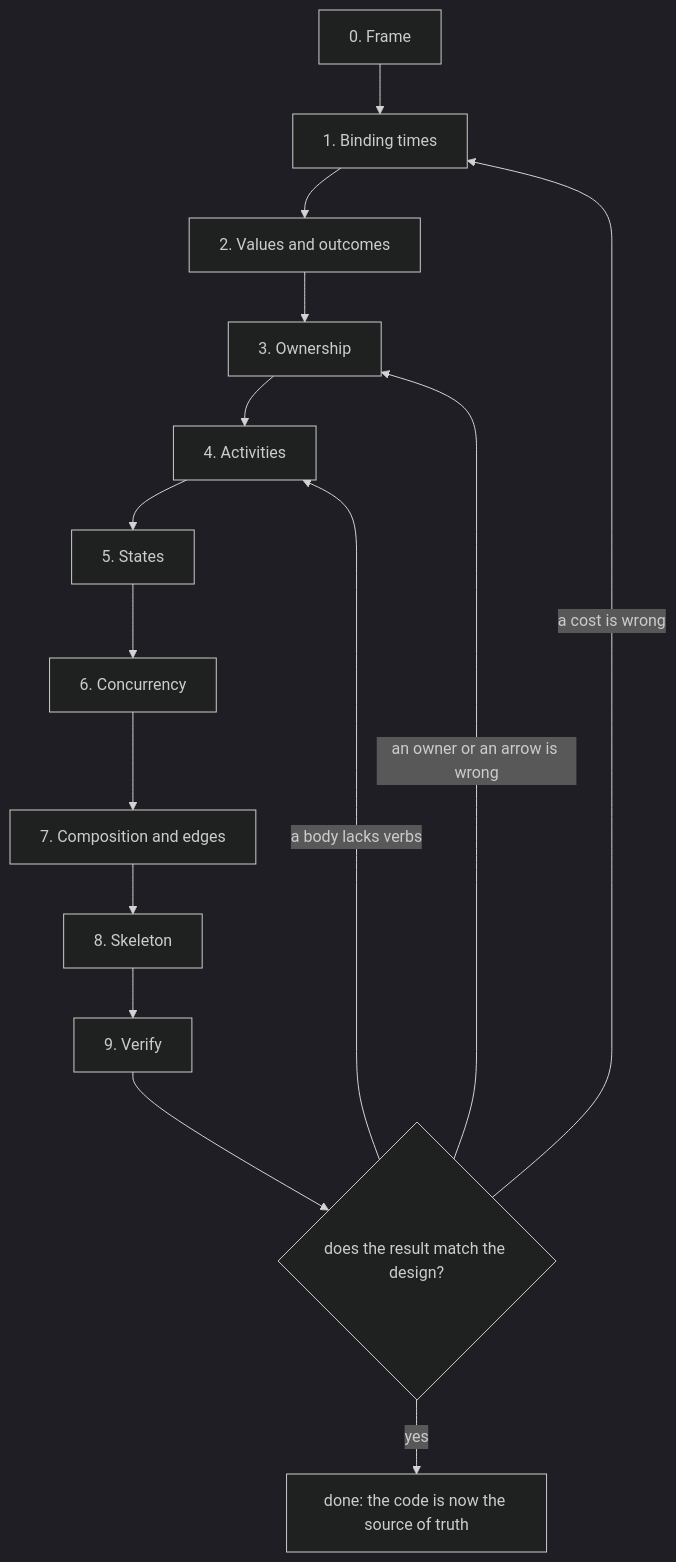
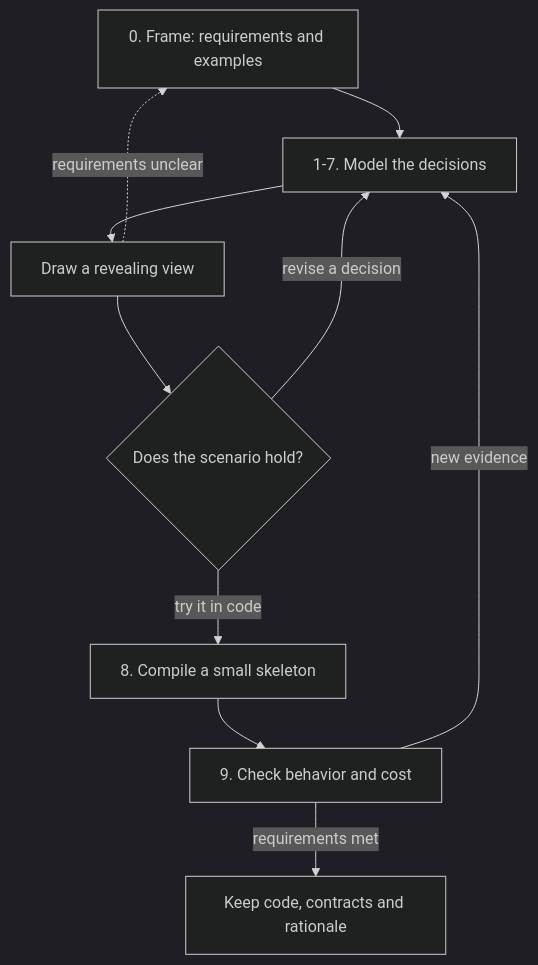
The first of 8 diagrams in docs/designing-and-writing-nua.md (cperion/nua), drawn with Mermaid (dark theme) before and after one commit. The commit also changed other lines of this file and 12 other files, not shown here.

First line of the commit message:
Refine Nua design guidance and make named tests compile-time assertions

````diff
--- a/docs/designing-and-writing-nua.md
+++ b/docs/designing-and-writing-nua.md
@@ -62,17 +62,12 @@
 ```mermaid
 flowchart TD
-    S0[0. Frame] --> S1[1. Binding times]
-    S1 --> S2[2. Values and outcomes]
-    S2 --> S3[3. Ownership]
-    S3 --> S4[4. Activities]
-    S4 --> S5[5. States]
-    S5 --> S6[6. Concurrency]
-    S6 --> S7[7. Composition and edges]
-    S7 --> S8[8. Skeleton]
-    S8 --> S9[9. Verify]
-    S9 --> Q{does the result match the design?}
-    Q -- a cost is wrong --> S1
-    Q -- an owner or an arrow is wrong --> S3
-    Q -- a body lacks verbs --> S4
-    Q -- yes --> Done[done: the code is now the source of truth]
+    F[0. Frame: requirements and examples] --> M[1-7. Model the decisions]
+    M --> D[Draw a revealing view]
+    D --> Q{Does the scenario hold?}
+    Q -- revise a decision --> M
+    Q -- try it in code --> C[8. Compile a small skeleton]
+    C --> V[9. Check behavior and cost]
+    V -- new evidence --> M
+    V -- requirements met --> R[Keep code, contracts and rationale]
+    D -. requirements unclear .-> F
 ```
````
